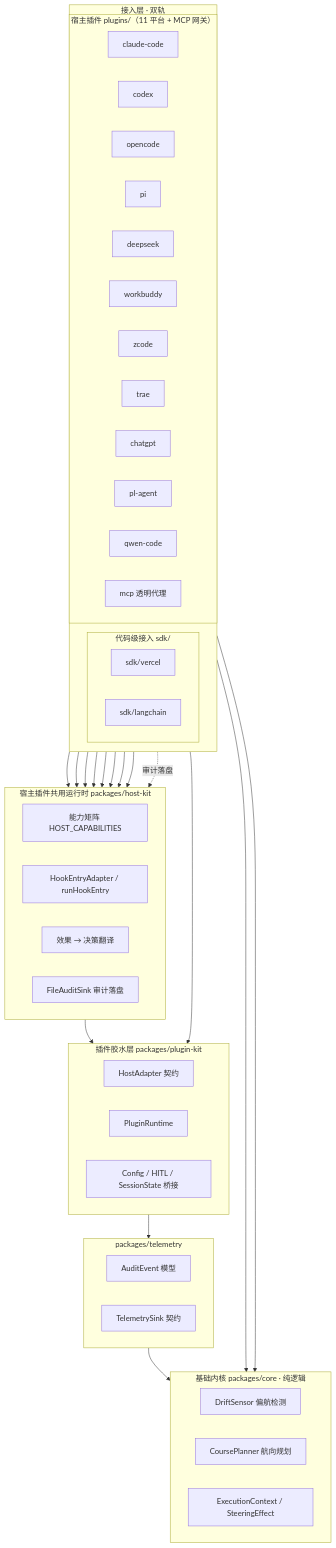
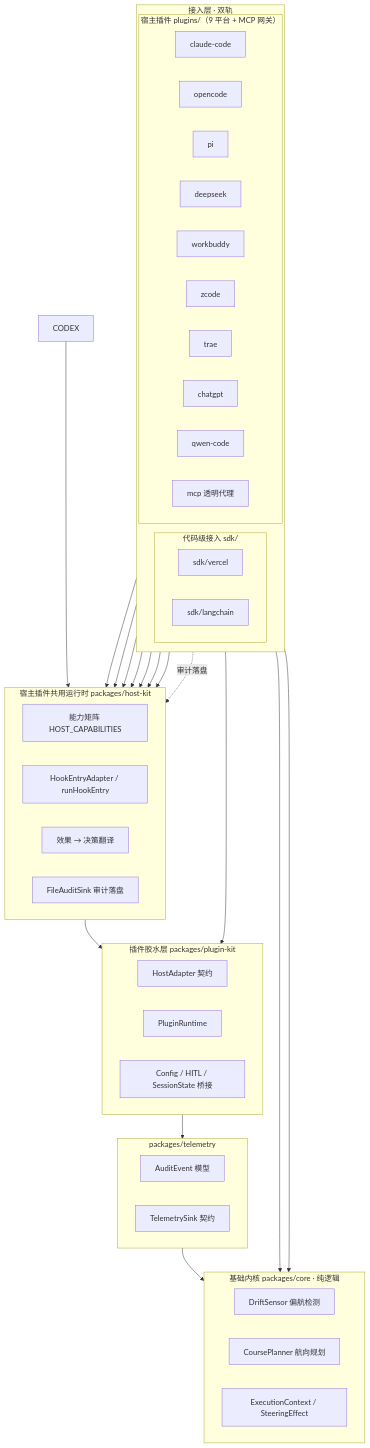
The first of 2 diagrams in README_zh.md (chaos-design/arcs), drawn with Mermaid before and after one commit. The commit also changed other lines of this file and 64 other files, not shown here.

````diff
--- a/README_zh.md
+++ b/README_zh.md
@@ -66,60 +66,58 @@
 ```mermaid
 flowchart TB
   subgraph L1["接入层 · 双轨"]
     direction LR
     subgraph SDK["代码级接入 sdk/"]
       SV["sdk/vercel"]
       SL["sdk/langchain"]
     end
-    subgraph PL["宿主插件 plugins/（11 平台 + MCP 网关）"]
+    subgraph PL["宿主插件 plugins/（9 平台 + MCP 网关）"]
       CC["claude-code"]
-      CODEX["codex"]
       OC["opencode"]
       PI["pi"]
       DS["deepseek"]
       WB["workbuddy"]
       ZC["zcode"]
       TR["trae"]
       CG["chatgpt"]
-      PA["pl-agent"]
       QC["qwen-code"]
       MCP["mcp 透明代理"]
     end
   end
   subgraph HK["宿主插件共用运行时 packages/host-kit"]
     CAP["能力矩阵 HOST_CAPABILITIES"]
     HOOK["HookEntryAdapter / runHookEntry"]
     DEC["效果 → 决策翻译"]
     AUDIT["FileAuditSink 审计落盘"]
   end
   subgraph KIT["插件胶水层 packages/plugin-kit"]
     HA["HostAdapter 契约"]
     RT["PluginRuntime"]
     BR["Config / HITL / SessionState 桥接"]
   end
   subgraph TELE["packages/telemetry"]
     AE["AuditEvent 模型"]
     TS["TelemetrySink 契约"]
   end
   subgraph CORE["基础内核 packages/core · 纯逻辑"]
     SENSE["DriftSensor 偏航检测"]
     PLAN["CoursePlanner 航向规划"]
     MODEL["ExecutionContext / SteeringEffect"]
   end
 
   SV --> CORE
   SL --> CORE
   CC --> HK
   CODEX --> HK
   OC --> HK
   PI --> HK
   DS --> HK
   WB --> HK
   ZC --> HK
   TR --> HK
   MCP --> KIT
   MCP -.审计落盘.-> HK
   HK --> KIT
   KIT --> TELE
   TELE --> CORE
 ```
````
